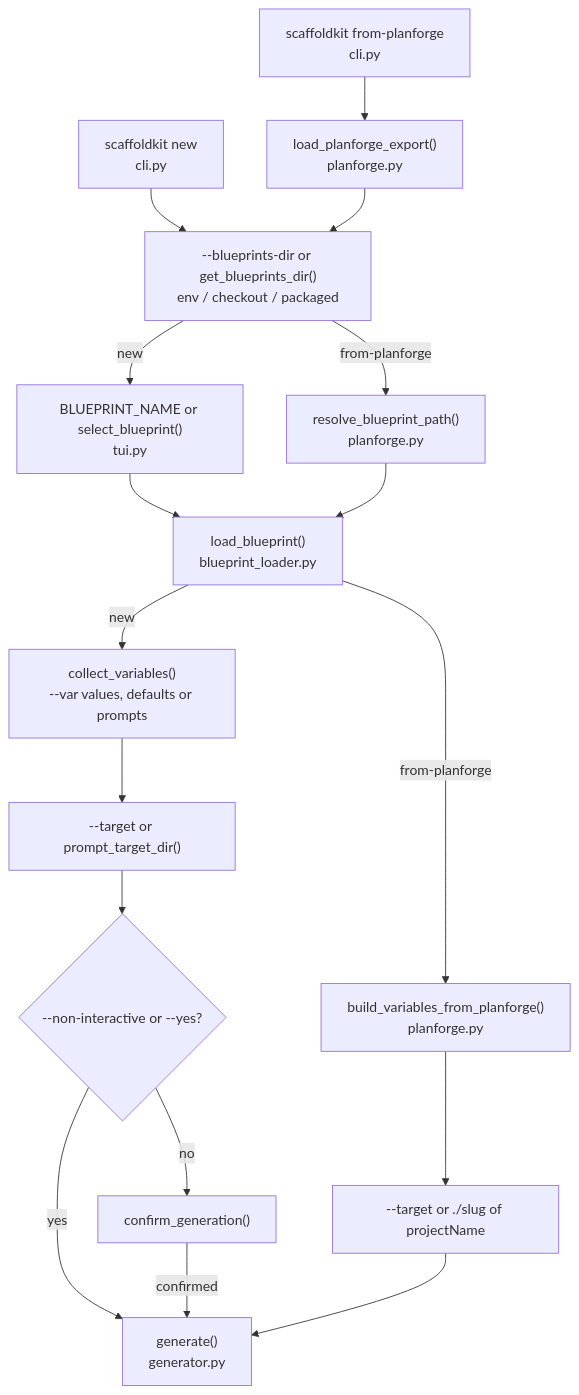
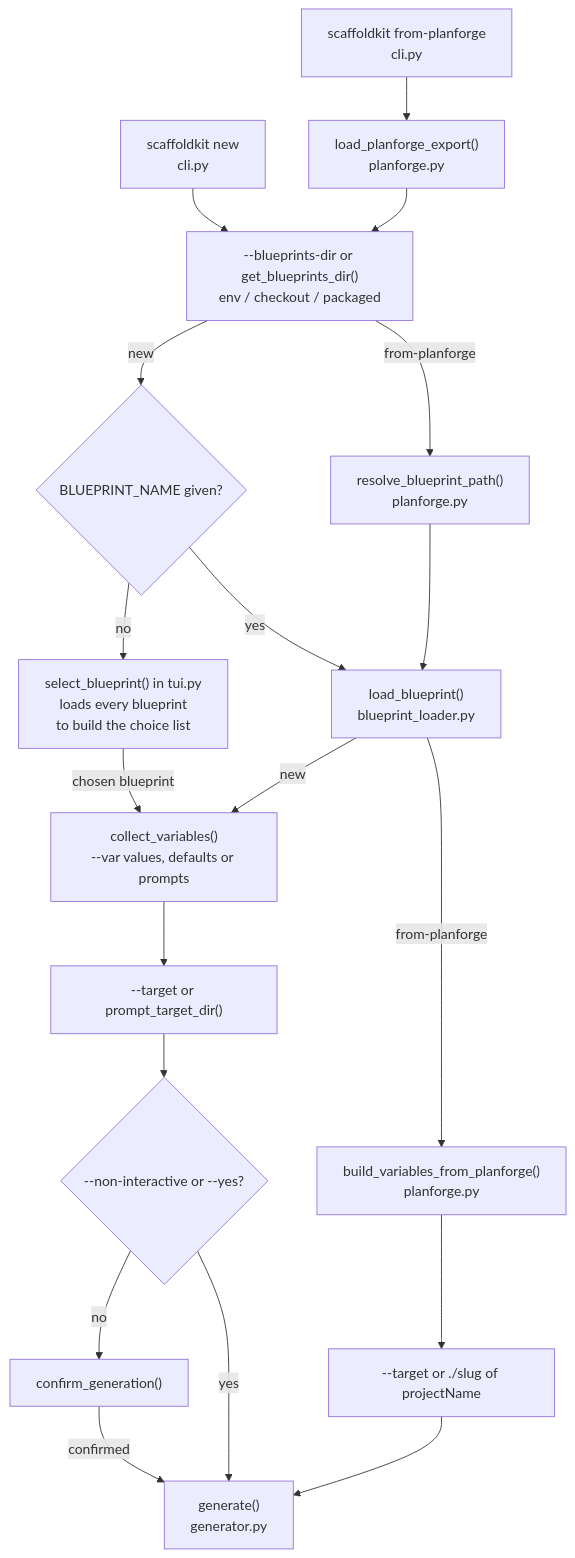
Before and after one commit to LanNguyenSi/scaffoldkit: the first of 2 diagrams in docs/architecture.md, drawn with Mermaid. The commit also changed other lines of this file and 3 other files, not shown here.

````diff
--- a/docs/architecture.md
+++ b/docs/architecture.md
@@ -50,19 +50,21 @@
 ```mermaid
 flowchart TD
     NEW["scaffoldkit new<br/>cli.py"] --> BPD["--blueprints-dir or get_blueprints_dir()<br/>env / checkout / packaged"]
     PF["scaffoldkit from-planforge<br/>cli.py"] --> EXP["load_planforge_export()<br/>planforge.py"]
     EXP --> BPD
-    BPD -->|new| PICK["BLUEPRINT_NAME or select_blueprint()<br/>tui.py"]
+    BPD -->|new| PICK{"BLUEPRINT_NAME given?"}
     BPD -->|from-planforge| RES["resolve_blueprint_path()<br/>planforge.py"]
-    PICK --> LOAD["load_blueprint()<br/>blueprint_loader.py"]
+    PICK -->|no| SEL["select_blueprint() in tui.py<br/>loads every blueprint<br/>to build the choice list"]
+    PICK -->|yes| LOAD["load_blueprint()<br/>blueprint_loader.py"]
     RES --> LOAD
     LOAD -->|new| COLLECT["collect_variables()<br/>--var values, defaults or prompts"]
+    SEL -->|chosen blueprint| COLLECT
     COLLECT --> TARGET["--target or prompt_target_dir()"]
     TARGET --> CONFIRM{"--non-interactive or --yes?"}
     CONFIRM -->|no| ASK["confirm_generation()"]
     LOAD -->|from-planforge| MAP["build_variables_from_planforge()<br/>planforge.py"]
     MAP --> PTGT["--target or ./slug of projectName"]
     CONFIRM -->|yes| GEN["generate()<br/>generator.py"]
     ASK -->|confirmed| GEN
     PTGT --> GEN
 ```
````
